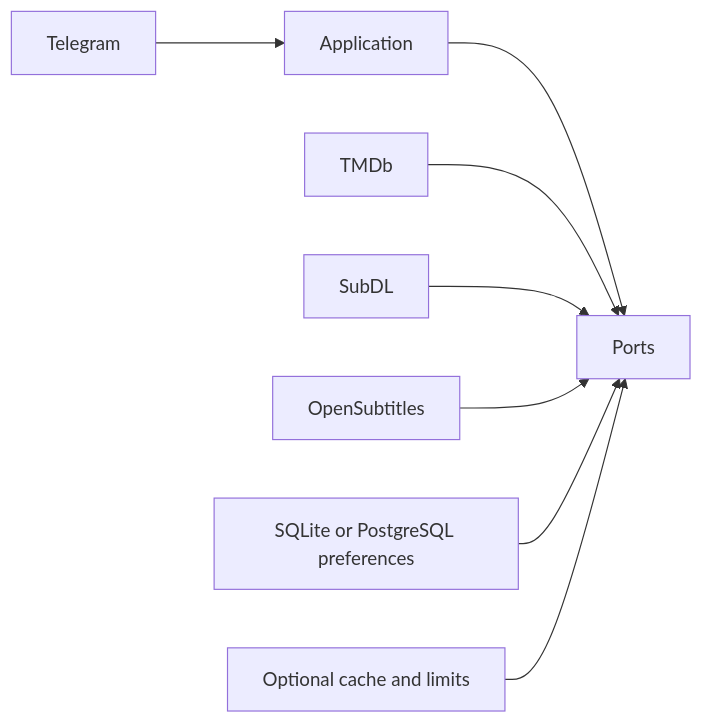
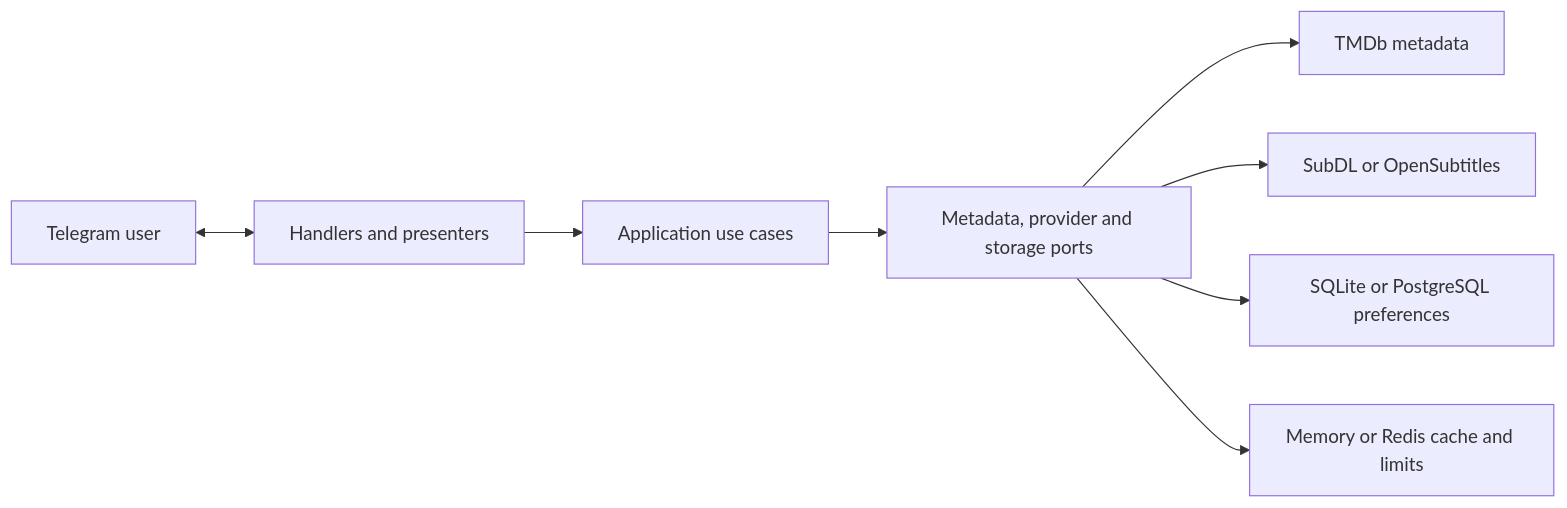
One commit to shakibasaee/submate-bot changed the diagram in README.md. Above: the diagram before and after it, drawn with Mermaid. The commit also changed other lines of this file, not shown here.

````diff
--- a/README.md
+++ b/README.md
@@ -21,10 +270,10 @@
 ```mermaid
 flowchart LR
-    Telegram --> Application
-    Application --> Ports
-    TMDb --> Ports
-    SubDL --> Ports
-    OpenSubtitles --> Ports
-    Preferences[SQLite or PostgreSQL preferences] --> Ports
-    Redis[Optional cache and limits] --> Ports
+    User[Telegram user] <--> Bot[Handlers and presenters]
+    Bot --> App[Application use cases]
+    App --> Ports[Metadata, provider and storage ports]
+    Ports --> TMDb[TMDb metadata]
+    Ports --> Providers[SubDL or OpenSubtitles]
+    Ports --> Preferences[SQLite or PostgreSQL preferences]
+    Ports --> Cache[Memory or Redis cache and limits]
 ```
````
